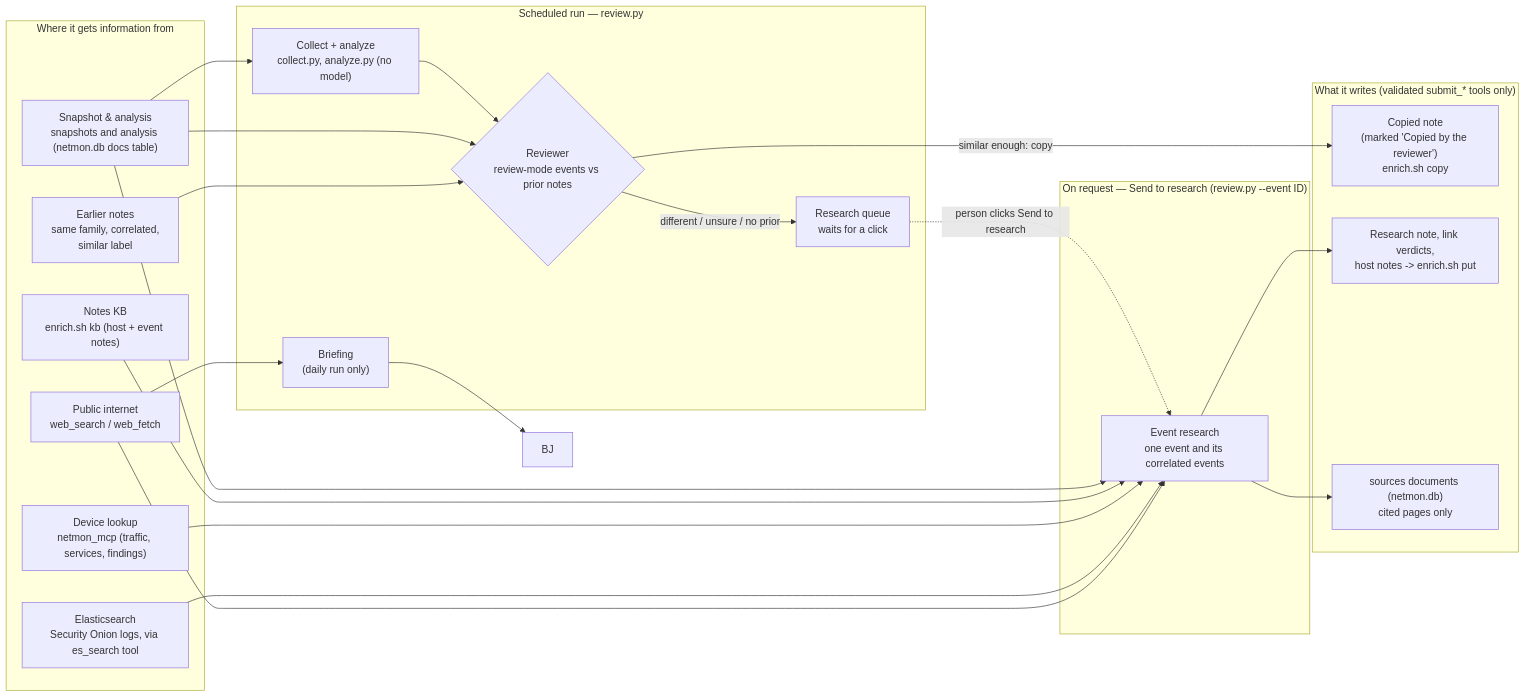
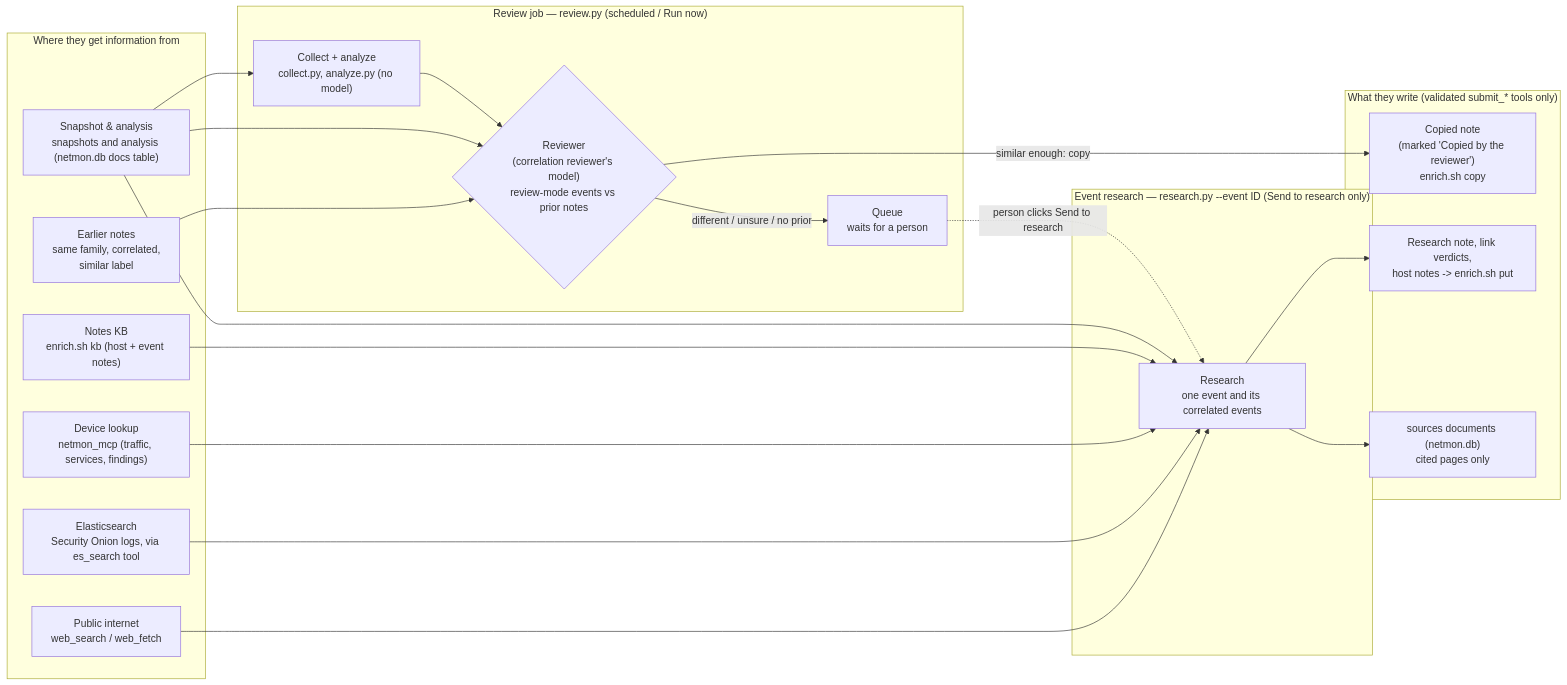
One commit to hermeslohin/netmon changed the second of 3 diagrams in docs/CORRELATION.md. Above: the diagram before and after it, drawn with Mermaid. The commit also changed other lines of this file and 41 other files, not shown here.

````diff
--- a/docs/CORRELATION.md
+++ b/docs/CORRELATION.md
@@ -496,45 +502,42 @@
 ```mermaid
 flowchart LR
-    subgraph SRC["Where it gets information from"]
+    subgraph SRC["Where they get information from"]
         SNAP["Snapshot & analysis\nsnapshots and analysis (netmon.db docs table)"]
         KB["Notes KB\nenrich.sh kb (host + event notes)"]
         DEV["Device lookup\nnetmon_mcp (traffic, services, findings)"]
         ES["Elasticsearch\nSecurity Onion logs, via es_search tool"]
         WEB["Public internet\nweb_search / web_fetch"]
         PRIOR["Earlier notes\nsame family, correlated,\nsimilar label"]
     end
 
-    subgraph JOB["Scheduled run — review.py"]
+    subgraph JOB["Review job — review.py (scheduled / Run now)"]
         C["Collect + analyze\ncollect.py, analyze.py (no model)"]
-        RV{"Reviewer\nreview-mode events vs prior notes"}
-        Q["Research queue\nwaits for a click"]
-        B["Briefing\n(daily run only)"]
+        RV{"Reviewer\n(correlation reviewer's model)\nreview-mode events vs prior notes"}
+        Q["Queue\nwaits for a person"]
     end
 
-    subgraph REQ["On request — Send to research (review.py --event ID)"]
-        R["Event research\none event and its correlated events"]
+    subgraph REQ["Event research — research.py --event ID (Send to research only)"]
+        R["Research\none event and its correlated events"]
     end
 
-    subgraph OUT["What it writes (validated submit_* tools only)"]
+    subgraph OUT["What they write (validated submit_* tools only)"]
         COPY["Copied note\n(marked 'Copied by the reviewer')\nenrich.sh copy"]
         NOTES["Research note, link verdicts,\nhost notes -> enrich.sh put"]
         SRC2["sources documents (netmon.db)\ncited pages only"]
     end
 
     SNAP --> C
     C --> RV
     SNAP --> RV
     PRIOR --> RV
     RV -- "similar enough: copy" --> COPY
     RV -- "different / unsure / no prior" --> Q
     Q -. "person clicks Send to research" .-> R
     SNAP --> R
     KB --> R
     DEV --> R
     ES --> R
     WEB --> R
-    WEB --> B
     R --> NOTES
     R --> SRC2
-    B --> BJ
 ```
````
